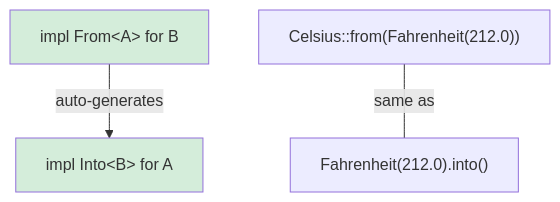
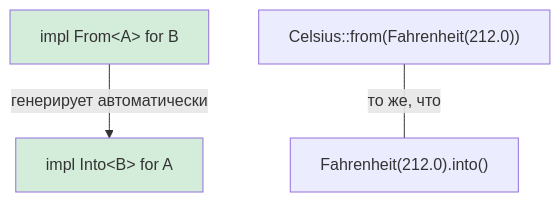
The diagram in python-book/src/ch11-from-and-into-traits.md (r007/RustTraining-Rus), drawn with Mermaid before and after one commit. The commit also changed other lines of this file and 4 other files, not shown here.

````diff
--- a/python-book/src/ch11-from-and-into-traits.md
+++ b/python-book/src/ch11-from-and-into-traits.md
@@ -65,7 +63,7 @@
 ```mermaid
 flowchart TB
-    A["impl From&lt;A&gt; for B"] -->|"auto-generates"| B["impl Into&lt;B&gt; for A"]
-    C["Celsius::from(Fahrenheit(212.0))"] ---|"same as"| D["Fahrenheit(212.0).into()"]
+    A["impl From&lt;A&gt; for B"] -->|"генерирует автоматически"| B["impl Into&lt;B&gt; for A"]
+    C["Celsius::from(Fahrenheit(212.0))"] ---|"то же, что"| D["Fahrenheit(212.0).into()"]
     style A fill:#d4edda
     style B fill:#d4edda
 ```
````
